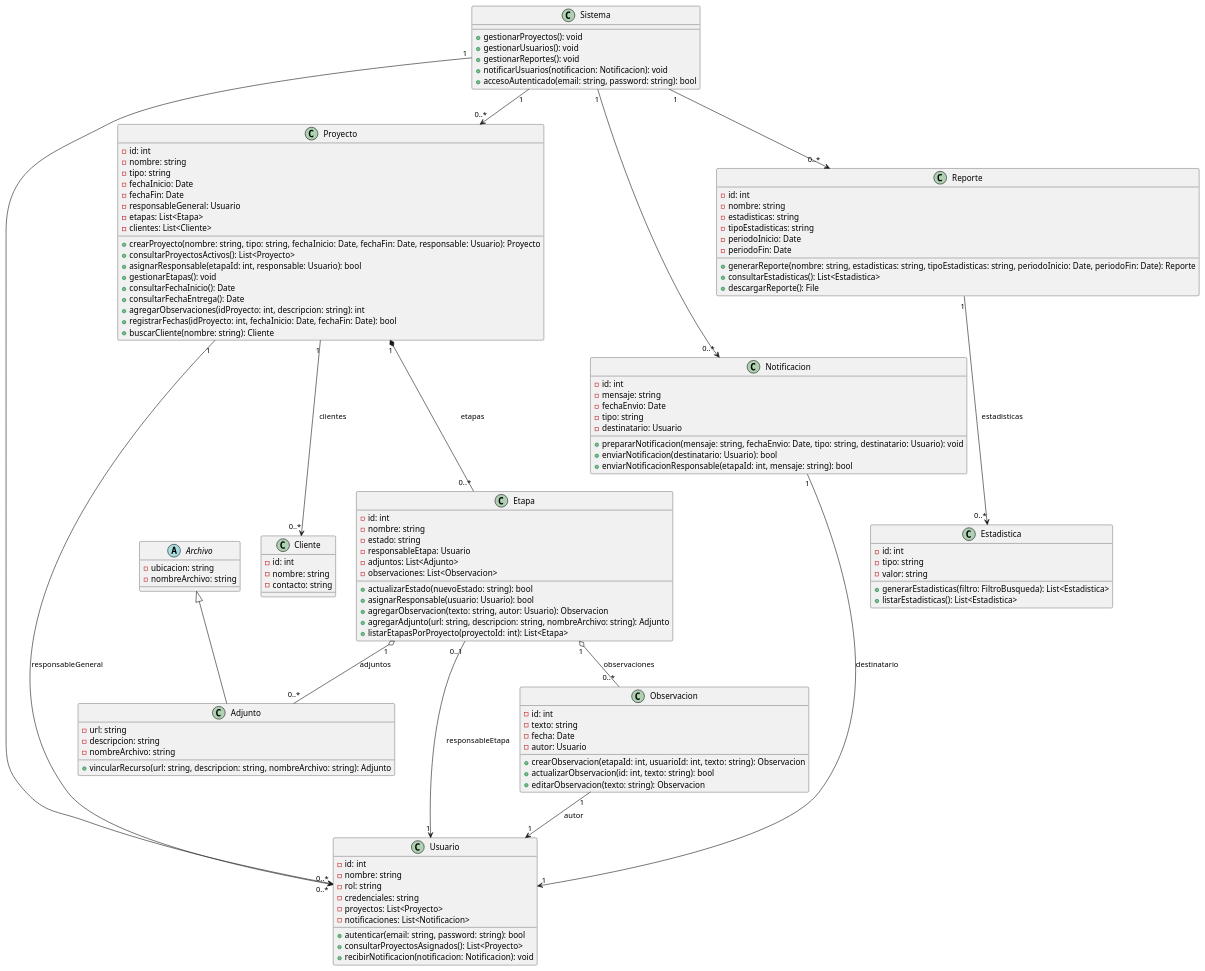
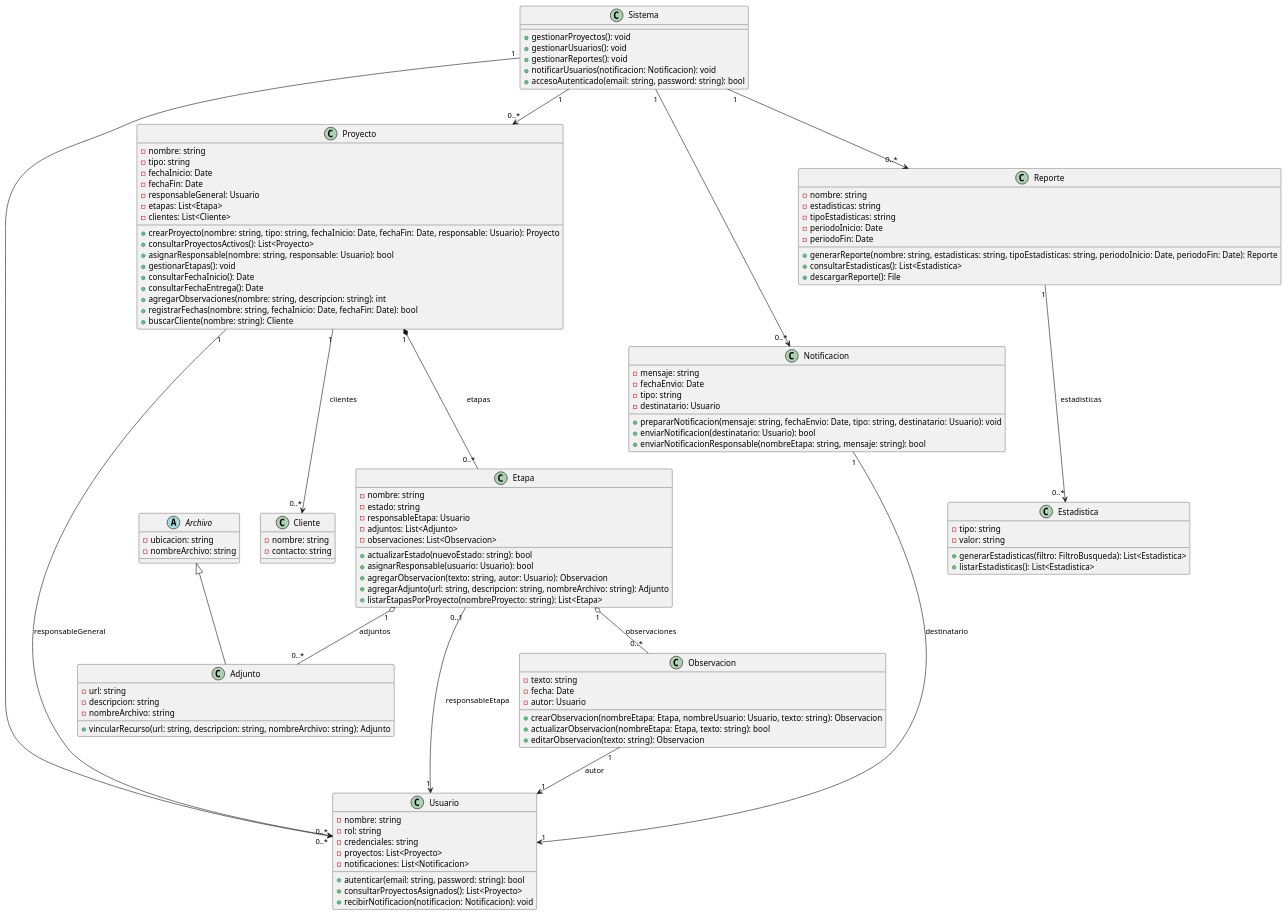
Before and after one commit to 9919-Mili/SistemaProductoraVideos: the diagram in diagramas/01-diagrama-clases/01-diagrama-clases-final.puml, drawn with PlantUML.

Commit message:
Correcion uso incorrecto de IDs en diagrama Final(reemplazados por nombre de la clase referida)

```diff
--- a/diagramas/01-diagrama-clases/01-diagrama-clases-final.puml
+++ b/diagramas/01-diagrama-clases/01-diagrama-clases-final.puml
@@ -1,138 +1,130 @@
 @startuml 01-diagrama-clases-final-refinado
 
 ' Diagrama de clases refinado (copia consistente con matrices CLAE y CRC)
 
 abstract class Archivo {
     - ubicacion: string
     - nombreArchivo: string
 }
 
 class Sistema {
     + gestionarProyectos(): void
     + gestionarUsuarios(): void
     + gestionarReportes(): void
     + notificarUsuarios(notificacion: Notificacion): void
     + accesoAutenticado(email: string, password: string): bool
 }
 
 class Usuario {
-    - id: int
     - nombre: string
     - rol: string
     - credenciales: string
     - proyectos: List<Proyecto>
     - notificaciones: List<Notificacion>
     + autenticar(email: string, password: string): bool
     + consultarProyectosAsignados(): List<Proyecto>
     + recibirNotificacion(notificacion: Notificacion): void
 }
 
 class Cliente {
-    - id: int
     - nombre: string
     - contacto: string
 }
 
 class Proyecto {
-    - id: int
     - nombre: string
     - tipo: string
     - fechaInicio: Date
     - fechaFin: Date
     - responsableGeneral: Usuario
     - etapas: List<Etapa>
     - clientes: List<Cliente>
     + crearProyecto(nombre: string, tipo: string, fechaInicio: Date, fechaFin: Date, responsable: Usuario): Proyecto
     + consultarProyectosActivos(): List<Proyecto>
-    + asignarResponsable(etapaId: int, responsable: Usuario): bool
+    + asignarResponsable(nombre: string, responsable: Usuario): bool
     + gestionarEtapas(): void
     + consultarFechaInicio(): Date
     + consultarFechaEntrega(): Date
-    + agregarObservaciones(idProyecto: int, descripcion: string): int
-    + registrarFechas(idProyecto: int, fechaInicio: Date, fechaFin: Date): bool
+    + agregarObservaciones(nombre: string, descripcion: string): int
+    + registrarFechas(nombre: string, fechaInicio: Date, fechaFin: Date): bool
     + buscarCliente(nombre: string): Cliente
 }
 
 class Etapa {
-    - id: int
     - nombre: string
     - estado: string
     - responsableEtapa: Usuario
     - adjuntos: List<Adjunto>
     - observaciones: List<Observacion>
     + actualizarEstado(nuevoEstado: string): bool
     + asignarResponsable(usuario: Usuario): bool
     + agregarObservacion(texto: string, autor: Usuario): Observacion
     + agregarAdjunto(url: string, descripcion: string, nombreArchivo: string): Adjunto
-    + listarEtapasPorProyecto(proyectoId: int): List<Etapa>
+    + listarEtapasPorProyecto(nombreProyecto: string): List<Etapa>
 }
 
 class Observacion {
-    - id: int
     - texto: string
     - fecha: Date
     - autor: Usuario
-    + crearObservacion(etapaId: int, usuarioId: int, texto: string): Observacion
-    + actualizarObservacion(id: int, texto: string): bool
+    + crearObservacion(nombreEtapa: Etapa, nombreUsuario: Usuario, texto: string): Observacion
+    + actualizarObservacion(nombreEtapa: Etapa, texto: string): bool
     + editarObservacion(texto: string): Observacion
 }
 
 
 class Adjunto {
     - url: string
     - descripcion: string
     - nombreArchivo: string
     + vincularRecurso(url: string, descripcion: string, nombreArchivo: string): Adjunto
 }
 
 class Notificacion {
-    - id: int
     - mensaje: string
     - fechaEnvio: Date
     - tipo: string
     - destinatario: Usuario
     + prepararNotificacion(mensaje: string, fechaEnvio: Date, tipo: string, destinatario: Usuario): void
     + enviarNotificacion(destinatario: Usuario): bool
-    + enviarNotificacionResponsable(etapaId: int, mensaje: string): bool
+    + enviarNotificacionResponsable(nombreEtapa: string, mensaje: string): bool
 }
 
 class Reporte {
-    - id: int
     - nombre: string
     - estadisticas: string
     - tipoEstadisticas: string
     - periodoInicio: Date
     - periodoFin: Date
     + generarReporte(nombre: string, estadisticas: string, tipoEstadisticas: string, periodoInicio: Date, periodoFin: Date): Reporte
     + consultarEstadisticas(): List<Estadistica>
     + descargarReporte(): File
 }
 
 class Estadistica {
-    - id: int
     - tipo: string
     - valor: string
     + generarEstadisticas(filtro: FiltroBusqueda): List<Estadistica>
     + listarEstadisticas(): List<Estadistica>
 }
 
 
 ' Herencia / Especialización
 Archivo <|-- Adjunto
 
 ' Relaciones y multiplicidades (derivadas de matrices CLAE y tarjetas CRC)
 Proyecto "1" *-- "0..*" Etapa : etapas
 Etapa "1" o-- "0..*" Observacion : observaciones
 Etapa "1" o-- "0..*" Adjunto : adjuntos
 Etapa "0..1" --> "1" Usuario : responsableEtapa
 Proyecto "1" --> "0..*" Usuario : responsableGeneral
 Observacion "1" --> "1" Usuario : autor
 Notificacion "1" --> "1" Usuario : destinatario
 Proyecto "1" --> "0..*" Cliente : clientes
 Reporte "1" --> "0..*" Estadistica : estadisticas
 Sistema "1" --> "0..*" Proyecto
 Sistema "1" --> "0..*" Usuario
 Sistema "1" --> "0..*" Reporte
 Sistema "1" --> "0..*" Notificacion
 
 @enduml
```
